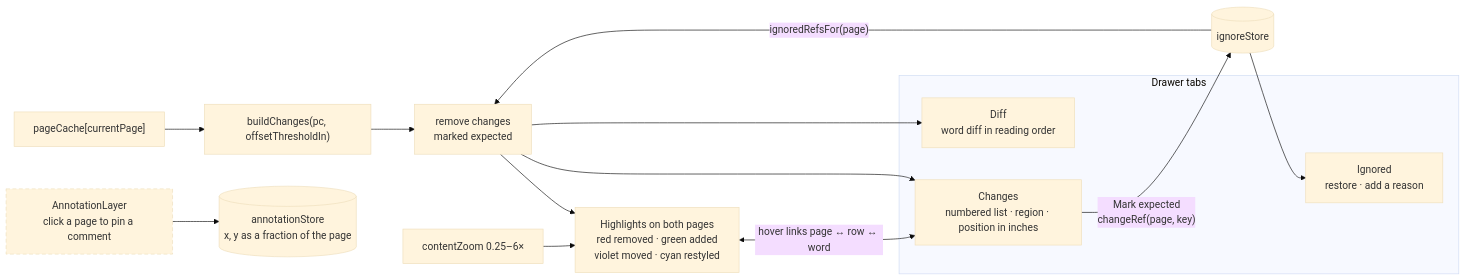
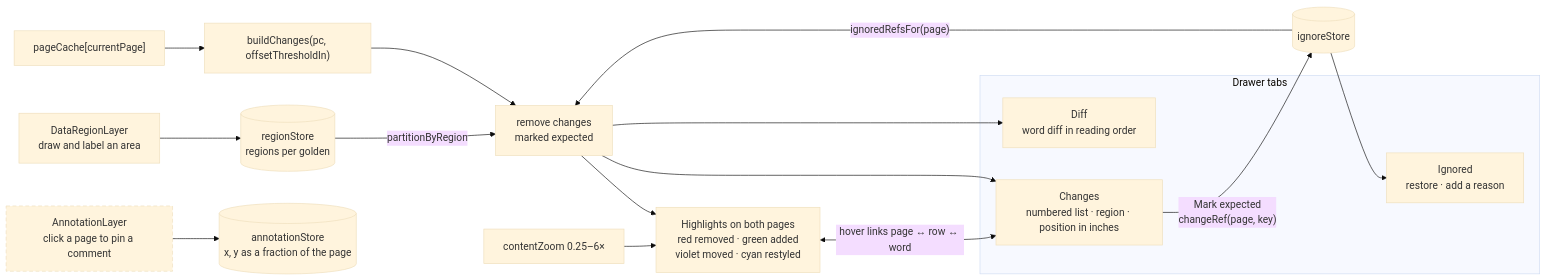
Before and after one commit to arpitarya/pdf-testing-suite: the sixth of 25 diagrams in docs/ARCHITECTURE.md, drawn with Mermaid (base theme). The commit also changed other lines of this file and 157 other files, not shown here.

````diff
--- a/docs/ARCHITECTURE.md
+++ b/docs/ARCHITECTURE.md
@@ -227,20 +245,22 @@
 ```mermaid
 flowchart LR
   classDef flag stroke-dasharray: 6 4
   PC["pageCache[currentPage]"] --> BC["buildChanges(pc, offsetThresholdIn)"]
   IS[("ignoreStore")] -->|"ignoredRefsFor(page)"| FL["remove changes<br/>marked expected"]
+  RS[("regionStore<br/>regions per golden")] -->|"partitionByRegion"| FL
   BC --> FL
   FL --> HL["Highlights on both pages<br/>red removed · green added<br/>violet moved · cyan restyled"]
   subgraph DRAWER["Drawer tabs"]
     D1["Changes<br/>numbered list · region · position in inches"]
     D2["Diff<br/>word diff in reading order"]
     D3["Ignored<br/>restore · add a reason"]
   end
   FL --> D1 & D2
   IS --> D3
   D1 -->|"Mark expected<br/>changeRef(page, key)"| IS
+  DR["DataRegionLayer<br/>draw and label an area"] --> RS
   HL <-->|"hover links page ↔ row ↔ word"| D1
   AN["AnnotationLayer<br/>click a page to pin a comment"] --> AS[("annotationStore<br/>x, y as a fraction of the page")]
   ZM["contentZoom 0.25–6×"] --> HL
   class AN flag
 ```
````
